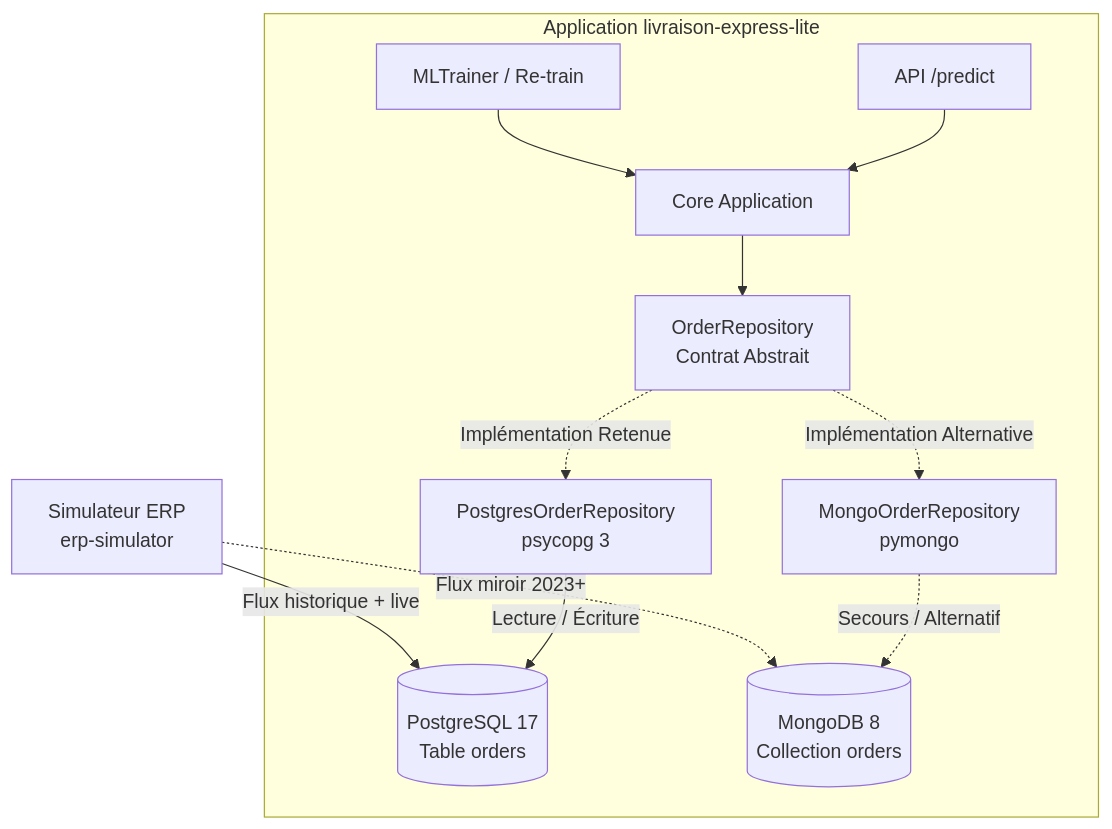
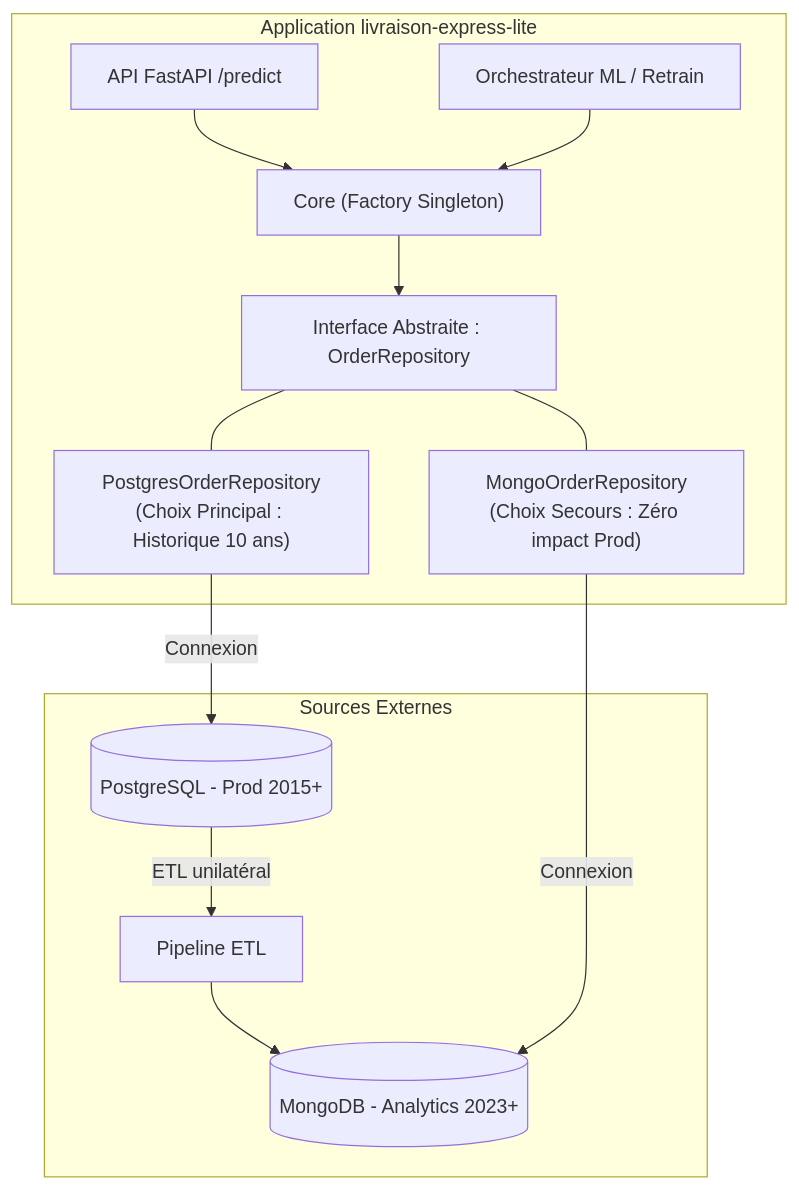
One commit to otmane047/tp-livraison-express-lite changed the second of 2 diagrams in docs/adr/ADR-006-choix-sgbd-postgresql-vs-mongodb.md. Above: the diagram before and after it, drawn with Mermaid. The commit also changed other lines of this file, not shown here.

Commit message:
docs(adr): enrich ADR-006 with developer feedback, ETL schema and risk analysis

````diff
--- a/docs/adr/ADR-006-choix-sgbd-postgresql-vs-mongodb.md
+++ b/docs/adr/ADR-006-choix-sgbd-postgresql-vs-mongodb.md
@@ -51,21 +81,26 @@
 ```mermaid
 flowchart TD
-    ERP[Simulateur ERP<br/>erp-simulator] -->|Flux historique + live| PG[(PostgreSQL 17<br/>Table orders)]
-    ERP -.->|Flux miroir 2023+| Mongo[(MongoDB 8<br/>Collection orders)]
+    subgraph "Sources Externes"
+        PG[(PostgreSQL - Prod 2015+)]
+        ETL[Pipeline ETL]
+        Mongo[(MongoDB - Analytics 2023+)]
+        PG -->|ETL unilatéral| ETL --> Mongo
+    end
 
     subgraph "Application livraison-express-lite"
-        OR[OrderRepository<br/>Contrat Abstrait]
-        POR[PostgresOrderRepository<br/>psycopg 3]
-        MOR[MongoOrderRepository<br/>pymongo]
+        DIP["Interface Abstraite : OrderRepository"]
         
-        OR -.->|Implémentation Retenue| POR
-        OR -.->|Implémentation Alternative| MOR
+        ImplPG["PostgresOrderRepository<br/>(Choix Principal : Historique 10 ans)"]
+        ImplMongo["MongoOrderRepository<br/>(Choix Secours : Zéro impact Prod)"]
         
-        POR -->|Lecture / Écriture| PG
-        MOR -.->|Secours / Alternatif| Mongo
+        DIP --- ImplPG
+        DIP --- ImplMongo
         
-        Core[Core Application] --> OR
-        Trainer[MLTrainer / Re-train] --> Core
-        API[API /predict] --> Core
+        ImplPG -->|Connexion| PG
+        ImplMongo -->|Connexion| Mongo
+        
+        AppCore["Core (Factory Singleton)"] --> DIP
+        API["API FastAPI /predict"] --> AppCore
+        Train["Orchestrateur ML / Retrain"] --> AppCore
     end
 ```
````
